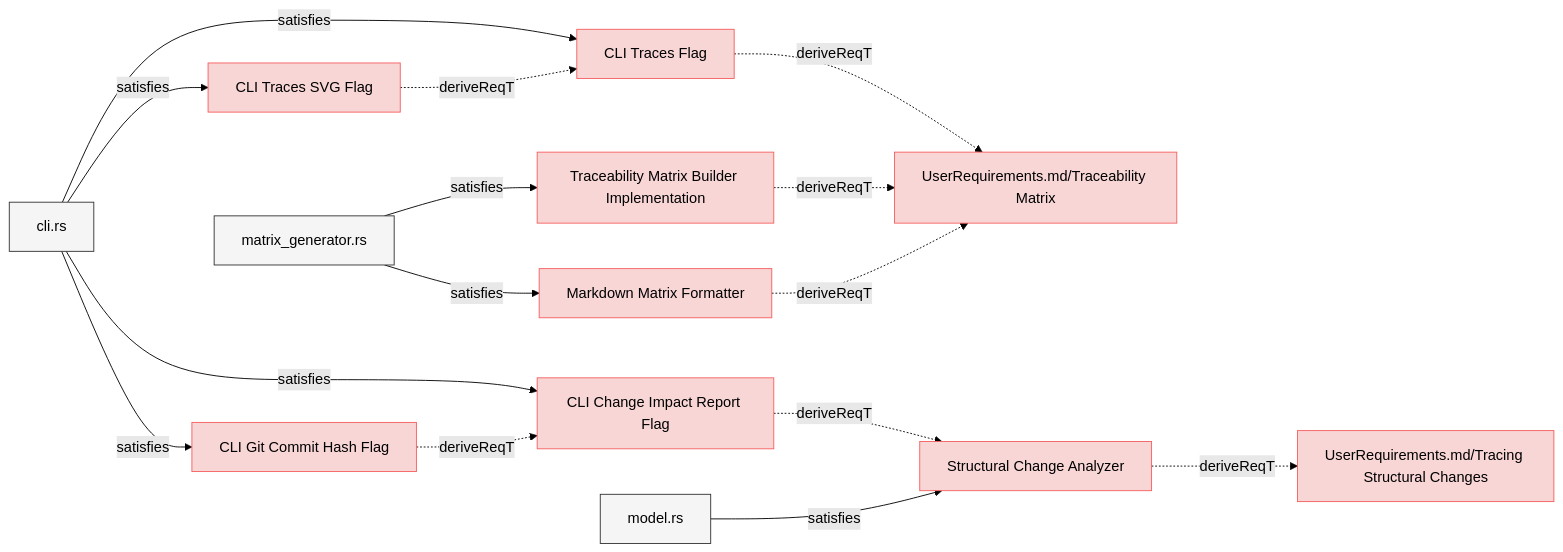
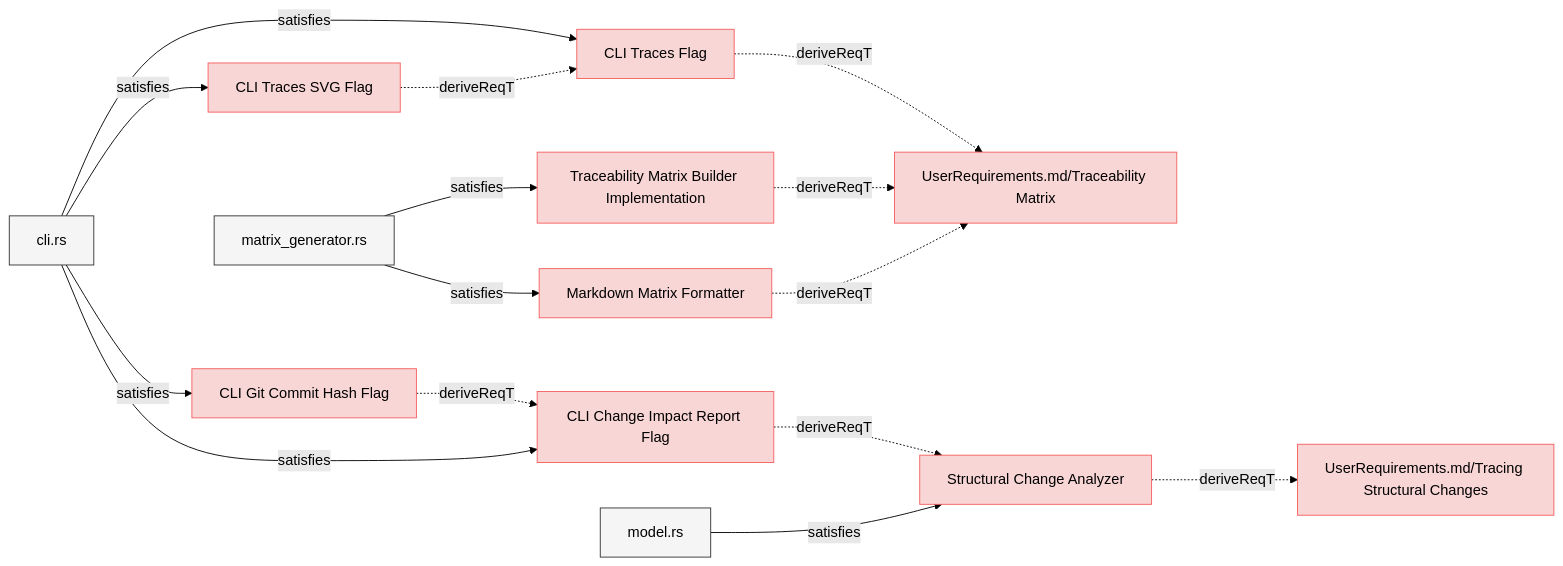
One commit to reqvire-org/reqvire changed the sixth of 8 diagrams in specifications/SystemRequirements/Requirements.md. Above: the diagram before and after it, drawn with Mermaid (forest theme). The commit also changed other lines of this file and 21 other files, not shown here.

````diff
--- a/specifications/SystemRequirements/Requirements.md
+++ b/specifications/SystemRequirements/Requirements.md
@@ -728,59 +728,59 @@
 ```mermaid
 graph LR;
   %% Graph styling
   classDef requirement fill:#f9d6d6,stroke:#f55f5f,stroke-width:1px;
   classDef verification fill:#d6f9d6,stroke:#5fd75f,stroke-width:1px;
   classDef externalLink fill:#d0e0ff,stroke:#3080ff,stroke-width:1px;
   classDef default fill:#f5f5f5,stroke:#333333,stroke-width:1px;
 
-  7a56a2d0b94cbc94["CLI Traces Flag"];
-  click 7a56a2d0b94cbc94 "https://github.com/ilijaljubicic/Reqvire/blob/8a68ca1eab81bac7964085e47777a0a92447c6a5/specifications/SystemRequirements/Requirements.md#cli-traces-flag";
-  class 7a56a2d0b94cbc94 requirement;
-  681cda683cd3fa2a["UserRequirements.md/Traceability Matrix"];
-  class 681cda683cd3fa2a requirement;
-  click 681cda683cd3fa2a "https://github.com/ilijaljubicic/Reqvire/blob/8a68ca1eab81bac7964085e47777a0a92447c6a5/specifications/UserRequirements.md#traceability-matrix";
-  7a56a2d0b94cbc94 -.->|deriveReqT| 681cda683cd3fa2a;
-  5fe26772336463bc["cli.rs"];
-  class 5fe26772336463bc default;
-  click 5fe26772336463bc "https://github.com/ilijaljubicic/Reqvire/blob/8a68ca1eab81bac7964085e47777a0a92447c6a5/cli/src/cli.rs";
-  5fe26772336463bc -->|satisfies| 7a56a2d0b94cbc94;
-  dae7b02b70487825["CLI Traces SVG Flag"];
-  click dae7b02b70487825 "https://github.com/ilijaljubicic/Reqvire/blob/8a68ca1eab81bac7964085e47777a0a92447c6a5/specifications/SystemRequirements/Requirements.md#cli-traces-svg-flag";
-  class dae7b02b70487825 requirement;
-  dae7b02b70487825 -.->|deriveReqT| 7a56a2d0b94cbc94;
-  5fe26772336463bc -->|satisfies| dae7b02b70487825;
-  9a465de9fd86cbf3["CLI Change Impact Report Flag"];
-  click 9a465de9fd86cbf3 "https://github.com/ilijaljubicic/Reqvire/blob/8a68ca1eab81bac7964085e47777a0a92447c6a5/specifications/SystemRequirements/Requirements.md#cli-change-impact-report-flag";
-  class 9a465de9fd86cbf3 requirement;
-  8911202d5ac22fa9["Structural Change Analyzer"];
-  class 8911202d5ac22fa9 requirement;
-  click 8911202d5ac22fa9 "https://github.com/ilijaljubicic/Reqvire/blob/8a68ca1eab81bac7964085e47777a0a92447c6a5/specifications/SystemRequirements/Requirements.md#structural-change-analyzer";
-  9a465de9fd86cbf3 -.->|deriveReqT| 8911202d5ac22fa9;
-  5fe26772336463bc -->|satisfies| 9a465de9fd86cbf3;
-  7d76667e6a943402["CLI Git Commit Hash Flag"];
-  click 7d76667e6a943402 "https://github.com/ilijaljubicic/Reqvire/blob/8a68ca1eab81bac7964085e47777a0a92447c6a5/specifications/SystemRequirements/Requirements.md#cli-git-commit-hash-flag";
-  class 7d76667e6a943402 requirement;
-  7d76667e6a943402 -.->|deriveReqT| 9a465de9fd86cbf3;
-  5fe26772336463bc -->|satisfies| 7d76667e6a943402;
-  4dc854c91f0e4c8d["UserRequirements.md/Tracing Structural Changes"];
-  class 4dc854c91f0e4c8d requirement;
-  click 4dc854c91f0e4c8d "https://github.com/ilijaljubicic/Reqvire/blob/8a68ca1eab81bac7964085e47777a0a92447c6a5/specifications/UserRequirements.md#tracing-structural-changes";
-  8911202d5ac22fa9 -.->|deriveReqT| 4dc854c91f0e4c8d;
-  3a36b9f74d4d889b["model.rs"];
-  class 3a36b9f74d4d889b default;
-  click 3a36b9f74d4d889b "https://github.com/ilijaljubicic/Reqvire/blob/8a68ca1eab81bac7964085e47777a0a92447c6a5/core/src/change_impact.rs";
-  3a36b9f74d4d889b -->|satisfies| 8911202d5ac22fa9;
-  c82329bbc603aed3["Traceability Matrix Builder Implementation"];
-  click c82329bbc603aed3 "https://github.com/ilijaljubicic/Reqvire/blob/8a68ca1eab81bac7964085e47777a0a92447c6a5/specifications/SystemRequirements/Requirements.md#traceability-matrix-builder-implementation";
-  class c82329bbc603aed3 requirement;
-  c82329bbc603aed3 -.->|deriveReqT| 681cda683cd3fa2a;
-  9f97df7988362b9["matrix_generator.rs"];
-  class 9f97df7988362b9 default;
-  click 9f97df7988362b9 "https://github.com/ilijaljubicic/Reqvire/blob/8a68ca1eab81bac7964085e47777a0a92447c6a5/core/src/matrix_generator.rs";
-  9f97df7988362b9 -->|satisfies| c82329bbc603aed3;
-  a06aa9bb2311c8b3["Markdown Matrix Formatter"];
-  click a06aa9bb2311c8b3 "https://github.com/ilijaljubicic/Reqvire/blob/8a68ca1eab81bac7964085e47777a0a92447c6a5/specifications/SystemRequirements/Requirements.md#markdown-matrix-formatter";
-  class a06aa9bb2311c8b3 requirement;
-  a06aa9bb2311c8b3 -.->|deriveReqT| 681cda683cd3fa2a;
-  9f97df7988362b9 -->|satisfies| a06aa9bb2311c8b3;
+  cdab2d3174ce86a9["CLI Traces Flag"];
+  click cdab2d3174ce86a9 "https://github.com/Reqvire/reqvire/blob/f18e52f9f88c64f67a79abc4e93eb74b3ec22615/specifications/SystemRequirements/Requirements.md#cli-traces-flag";
+  class cdab2d3174ce86a9 requirement;
+  c5b8a7944b6943e2["UserRequirements.md/Traceability Matrix"];
+  class c5b8a7944b6943e2 requirement;
+  click c5b8a7944b6943e2 "https://github.com/Reqvire/reqvire/blob/f18e52f9f88c64f67a79abc4e93eb74b3ec22615/specifications/UserRequirements.md#traceability-matrix";
+  cdab2d3174ce86a9 -.->|deriveReqT| c5b8a7944b6943e2;
+  2f21d2133dbfd205["cli.rs"];
+  class 2f21d2133dbfd205 default;
+  click 2f21d2133dbfd205 "https://github.com/Reqvire/reqvire/blob/f18e52f9f88c64f67a79abc4e93eb74b3ec22615/cli/src/cli.rs";
+  2f21d2133dbfd205 -->|satisfies| cdab2d3174ce86a9;
+  79259d512a5c44a6["CLI Git Commit Hash Flag"];
+  click 79259d512a5c44a6 "https://github.com/Reqvire/reqvire/blob/f18e52f9f88c64f67a79abc4e93eb74b3ec22615/specifications/SystemRequirements/Requirements.md#cli-git-commit-hash-flag";
+  class 79259d512a5c44a6 requirement;
+  c020978403254f09["CLI Change Impact Report Flag"];
+  class c020978403254f09 requirement;
+  click c020978403254f09 "https://github.com/Reqvire/reqvire/blob/f18e52f9f88c64f67a79abc4e93eb74b3ec22615/specifications/SystemRequirements/Requirements.md#cli-change-impact-report-flag";
+  79259d512a5c44a6 -.->|deriveReqT| c020978403254f09;
+  2f21d2133dbfd205 -->|satisfies| 79259d512a5c44a6;
+  a8066f495e5ed5dd["Traceability Matrix Builder Implementation"];
+  click a8066f495e5ed5dd "https://github.com/Reqvire/reqvire/blob/f18e52f9f88c64f67a79abc4e93eb74b3ec22615/specifications/SystemRequirements/Requirements.md#traceability-matrix-builder-implementation";
+  class a8066f495e5ed5dd requirement;
+  a8066f495e5ed5dd -.->|deriveReqT| c5b8a7944b6943e2;
+  4966ff561112ec56["matrix_generator.rs"];
+  class 4966ff561112ec56 default;
+  click 4966ff561112ec56 "https://github.com/Reqvire/reqvire/blob/f18e52f9f88c64f67a79abc4e93eb74b3ec22615/core/src/matrix_generator.rs";
+  4966ff561112ec56 -->|satisfies| a8066f495e5ed5dd;
+  3b2f98c43f1ed3bb["Markdown Matrix Formatter"];
+  click 3b2f98c43f1ed3bb "https://github.com/Reqvire/reqvire/blob/f18e52f9f88c64f67a79abc4e93eb74b3ec22615/specifications/SystemRequirements/Requirements.md#markdown-matrix-formatter";
+  class 3b2f98c43f1ed3bb requirement;
+  3b2f98c43f1ed3bb -.->|deriveReqT| c5b8a7944b6943e2;
+  4966ff561112ec56 -->|satisfies| 3b2f98c43f1ed3bb;
+  48e08ff33bc860c5["Structural Change Analyzer"];
+  class 48e08ff33bc860c5 requirement;
+  click 48e08ff33bc860c5 "https://github.com/Reqvire/reqvire/blob/f18e52f9f88c64f67a79abc4e93eb74b3ec22615/specifications/SystemRequirements/Requirements.md#structural-change-analyzer";
+  c020978403254f09 -.->|deriveReqT| 48e08ff33bc860c5;
+  2f21d2133dbfd205 -->|satisfies| c020978403254f09;
+  a0943a440707d910["CLI Traces SVG Flag"];
+  click a0943a440707d910 "https://github.com/Reqvire/reqvire/blob/f18e52f9f88c64f67a79abc4e93eb74b3ec22615/specifications/SystemRequirements/Requirements.md#cli-traces-svg-flag";
+  class a0943a440707d910 requirement;
+  a0943a440707d910 -.->|deriveReqT| cdab2d3174ce86a9;
+  2f21d2133dbfd205 -->|satisfies| a0943a440707d910;
+  9b9c33c7182d6eeb["UserRequirements.md/Tracing Structural Changes"];
+  class 9b9c33c7182d6eeb requirement;
+  click 9b9c33c7182d6eeb "https://github.com/Reqvire/reqvire/blob/f18e52f9f88c64f67a79abc4e93eb74b3ec22615/specifications/UserRequirements.md#tracing-structural-changes";
+  48e08ff33bc860c5 -.->|deriveReqT| 9b9c33c7182d6eeb;
+  76acbdfdc0fba01e["model.rs"];
+  class 76acbdfdc0fba01e default;
+  click 76acbdfdc0fba01e "https://github.com/Reqvire/reqvire/blob/f18e52f9f88c64f67a79abc4e93eb74b3ec22615/core/src/change_impact.rs";
+  76acbdfdc0fba01e -->|satisfies| 48e08ff33bc860c5;
 ```
````
